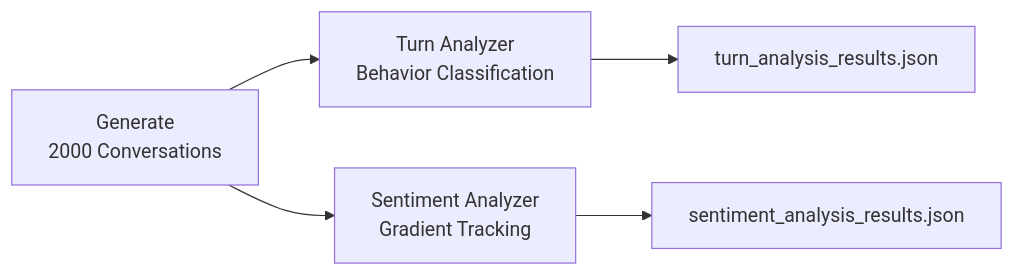
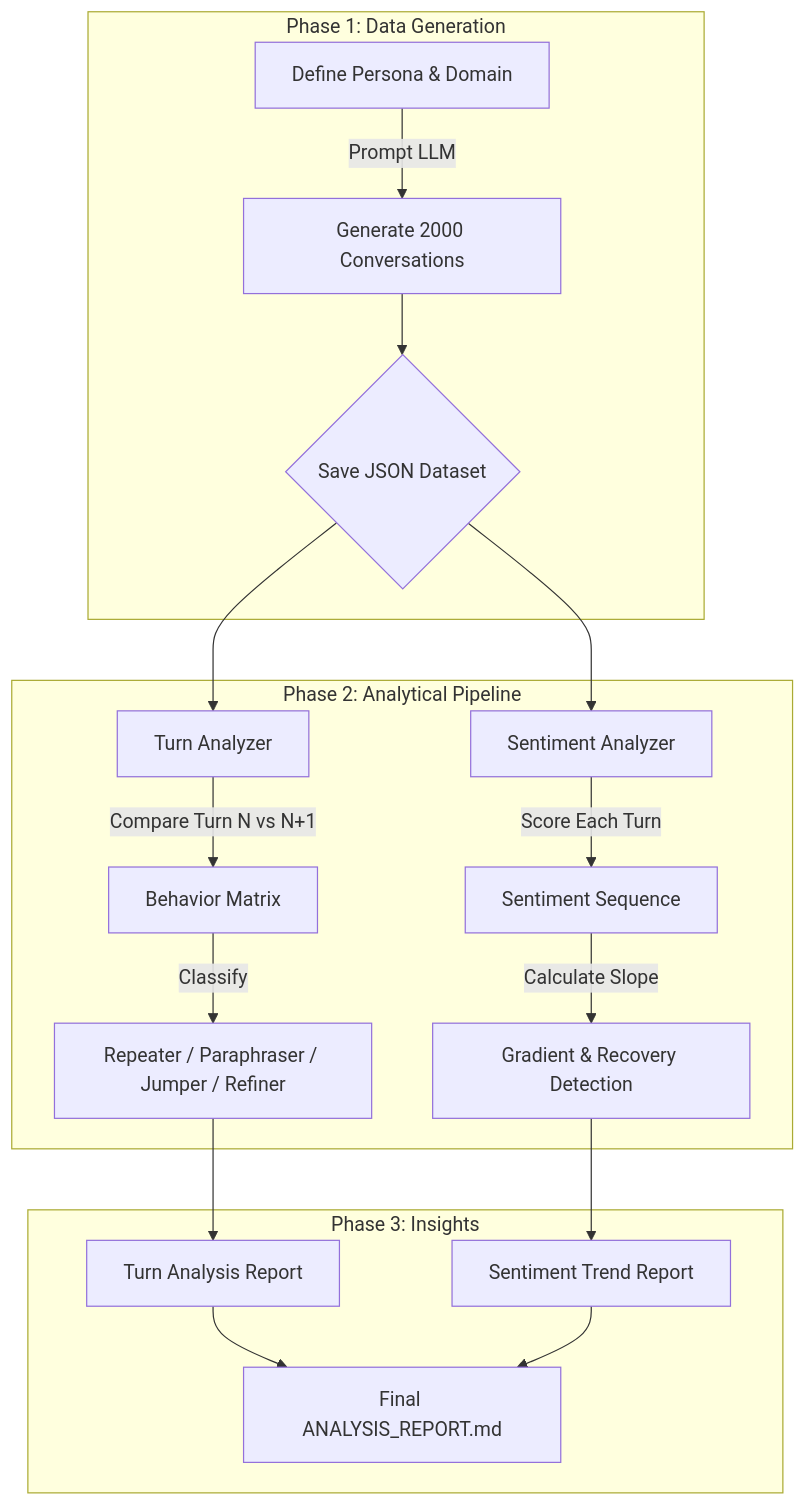
One commit to dataelvisliang/chatbot-turn-behavior-analysis changed the diagram in README.md. Above: the diagram before and after it, drawn with Mermaid. The commit also changed other lines of this file and 18 other files, not shown here.

````diff
--- a/README.md
+++ b/README.md
@@ -67,7 +48,24 @@
 ```mermaid
-flowchart LR
-    A[Generate<br/>2000 Conversations] --> B[Turn Analyzer<br/>Behavior Classification]
-    A --> C[Sentiment Analyzer<br/>Gradient Tracking]
-    B --> D[turn_analysis_results.json]
-    C --> E[sentiment_analysis_results.json]
+flowchart TD
+    subgraph Data_Generation ["Phase 1: Data Generation"]
+        A[Define Persona & Domain] -->|Prompt LLM| B[Generate 2000 Conversations]
+        B --> C{Save JSON Dataset}
+    end
+
+    subgraph Analysis_Pipeline ["Phase 2: Analytical Pipeline"]
+        C --> D[Turn Analyzer]
+        C --> E[Sentiment Analyzer]
+        
+        D -->|Compare Turn N vs N+1| F[Behavior Matrix]
+        F -->|Classify| G[Repeater / Paraphraser / Jumper / Refiner]
+        
+        E -->|Score Each Turn| H[Sentiment Sequence]
+        H -->|Calculate Slope| I[Gradient & Recovery Detection]
+    end
+
+    subgraph Reporting ["Phase 3: Insights"]
+        G --> J[Turn Analysis Report]
+        I --> K[Sentiment Trend Report]
+        J & K --> L[Final ANALYSIS_REPORT.md]
+    end
 ```
````
